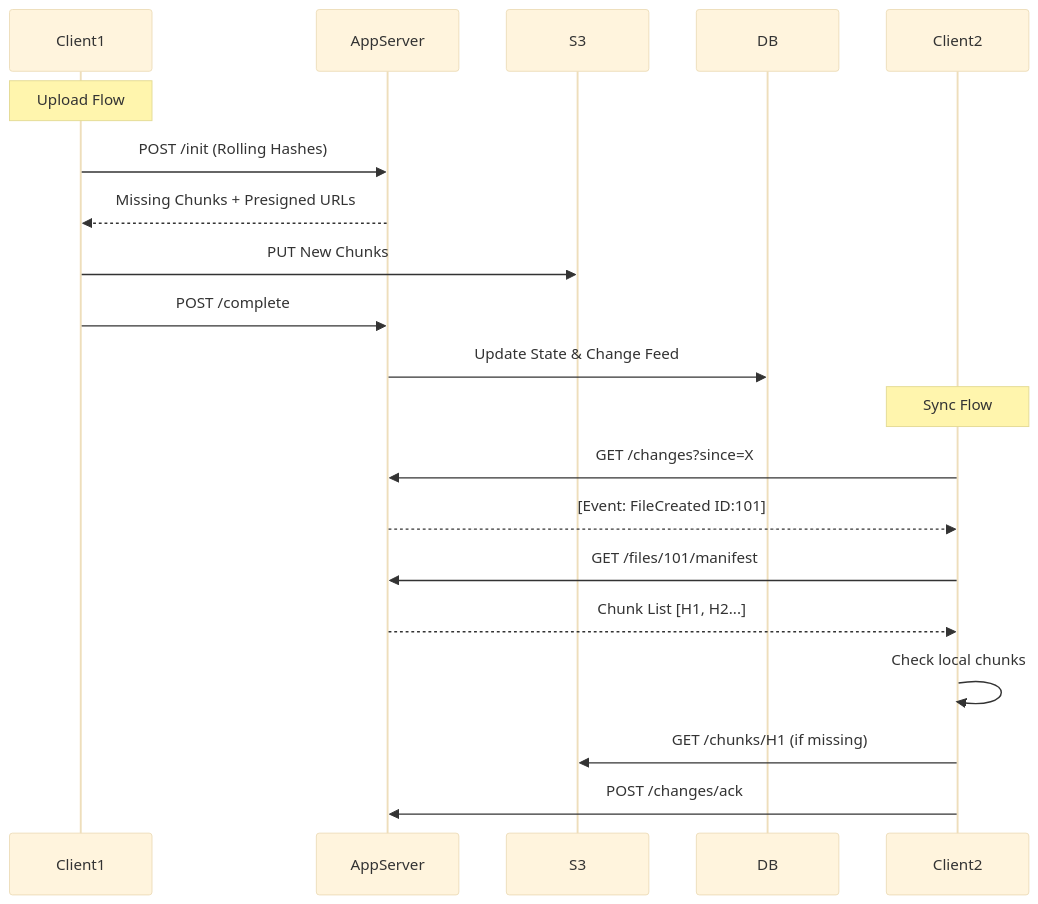
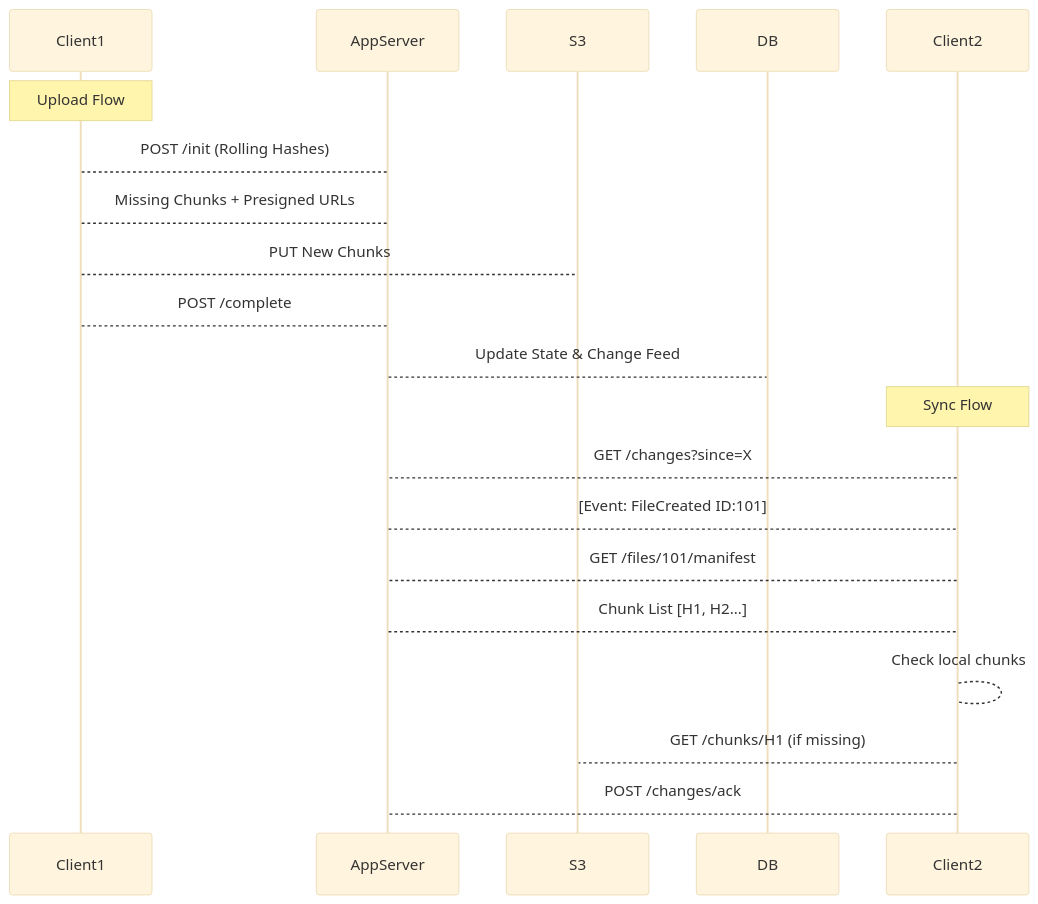
The tenth of 10 diagrams in dropbox/README.md (ShalomDeitch1/examples), drawn with Mermaid (base theme) before and after one commit. The commit also changed other lines of this file, not shown here.

````diff
--- a/dropbox/README.md
+++ b/dropbox/README.md
@@ -214,24 +214,24 @@
 ```mermaid
 sequenceDiagram
   participant Client1
   participant AppServer
   participant S3
   participant DB
   participant Client2
 
   Note over Client1: Upload Flow
-  Client1->>AppServer: POST /init (Rolling Hashes)
-  AppServer-->>Client1: Missing Chunks + Presigned URLs
-  Client1->>S3: PUT New Chunks
-  Client1->>AppServer: POST /complete
-  AppServer->>DB: Update State & Change Feed
+  Client1-->AppServer: POST /init (Rolling Hashes)
+  AppServer-->Client1: Missing Chunks + Presigned URLs
+  Client1-->S3: PUT New Chunks
+  Client1-->AppServer: POST /complete
+  AppServer-->DB: Update State & Change Feed
 
   Note over Client2: Sync Flow
-  Client2->>AppServer: GET /changes?since=X
-  AppServer-->>Client2: [Event: FileCreated ID:101]
-  Client2->>AppServer: GET /files/101/manifest
-  AppServer-->>Client2: Chunk List [H1, H2...]
-  Client2->>Client2: Check local chunks
-  Client2->>S3: GET /chunks/H1 (if missing)
-  Client2->>AppServer: POST /changes/ack
+  Client2-->AppServer: GET /changes?since=X
+  AppServer-->Client2: [Event: FileCreated ID:101]
+  Client2-->AppServer: GET /files/101/manifest
+  AppServer-->Client2: Chunk List [H1, H2...]
+  Client2-->Client2: Check local chunks
+  Client2-->S3: GET /chunks/H1 (if missing)
+  Client2-->AppServer: POST /changes/ack
 ```
````
